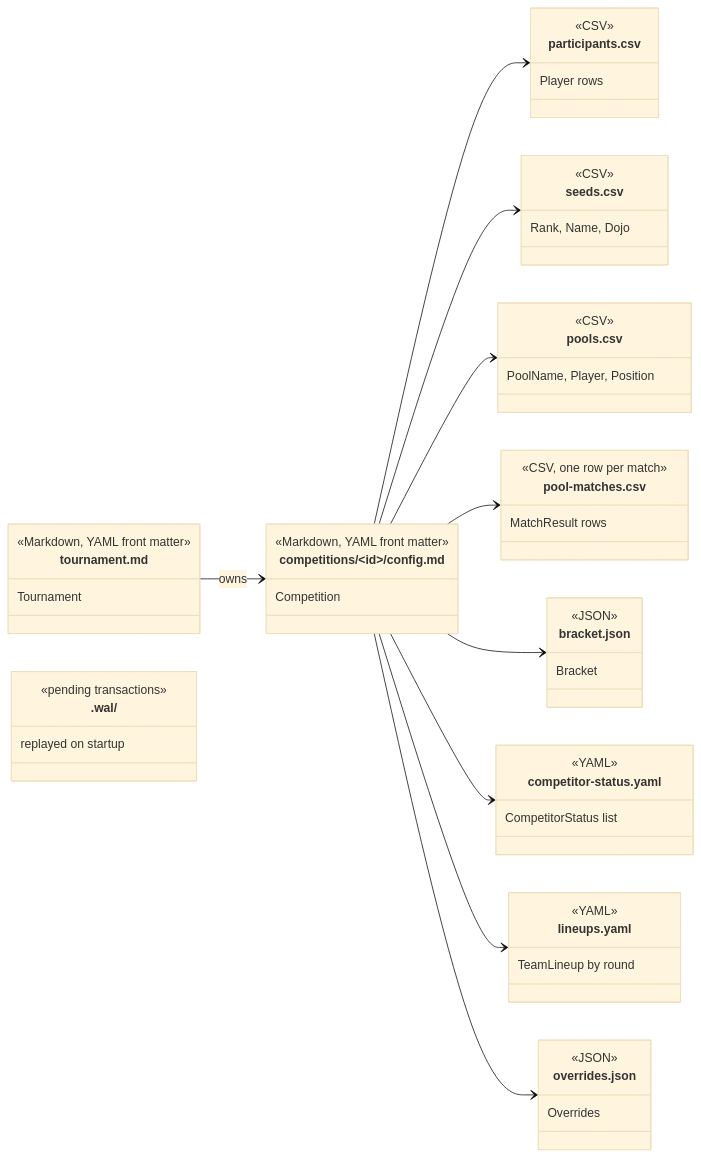
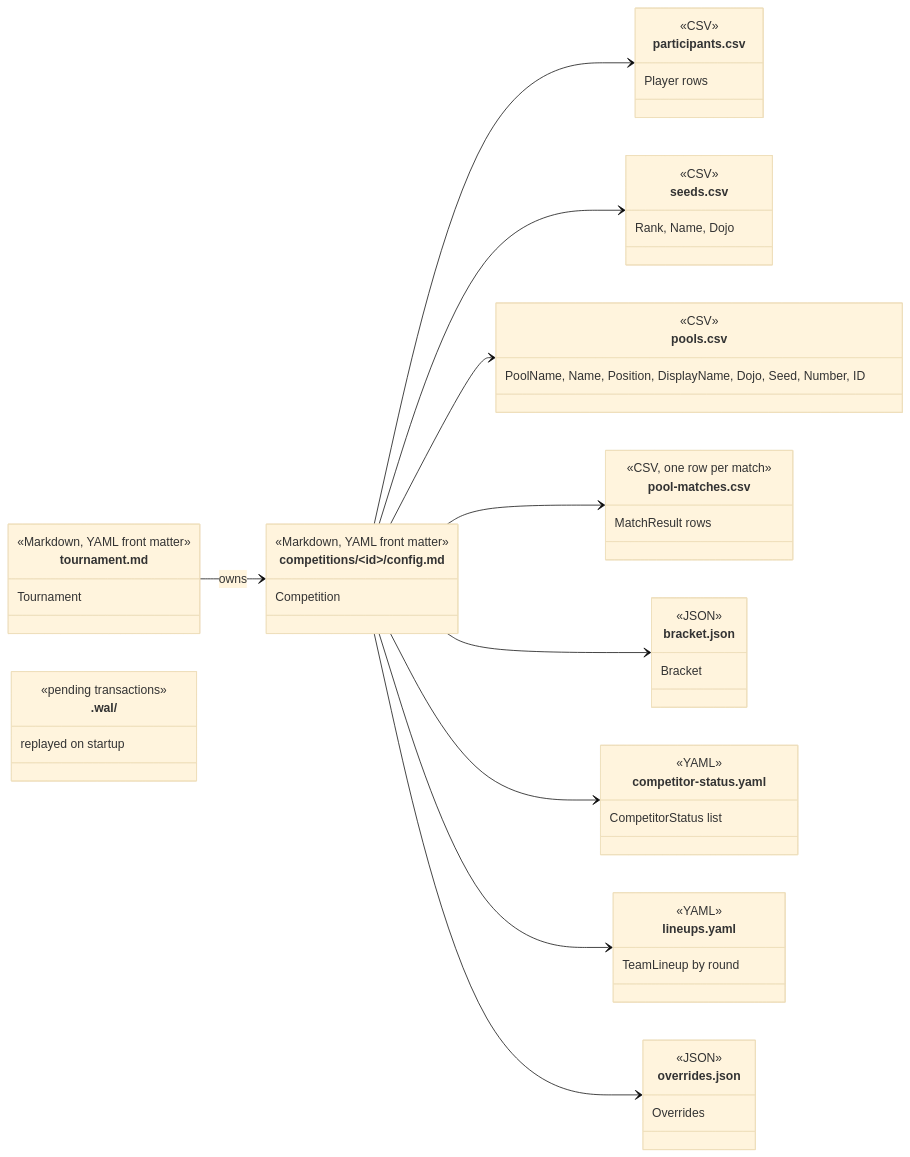
The third of 4 diagrams in docs/architecture/data-model.md (gitrgoliveira/bracket-creator), drawn with Mermaid (base theme) before and after one commit. The commit also changed other lines of this file and 2 other files, not shown here.

````diff
--- a/docs/architecture/data-model.md
+++ b/docs/architecture/data-model.md
@@ -247,59 +250,59 @@
 ```mermaid
 classDiagram
     direction LR
 
     class tournament_md["tournament.md"] {
         <<Markdown, YAML front matter>>
         Tournament
     }
     class config_md["competitions/&lt;id&gt;/config.md"] {
         <<Markdown, YAML front matter>>
         Competition
     }
     class participants_csv["participants.csv"] {
         <<CSV>>
         Player rows
     }
     class seeds_csv["seeds.csv"] {
         <<CSV>>
         Rank, Name, Dojo
     }
     class pools_csv["pools.csv"] {
         <<CSV>>
-        PoolName, Player, Position
+        PoolName, Name, Position, DisplayName, Dojo, Seed, Number, ID
     }
     class pool_matches_csv["pool-matches.csv"] {
         <<CSV, one row per match>>
         MatchResult rows
     }
     class bracket_json["bracket.json"] {
         <<JSON>>
         Bracket
     }
     class status_yaml["competitor-status.yaml"] {
         <<YAML>>
         CompetitorStatus list
     }
     class lineups_yaml["lineups.yaml"] {
         <<YAML>>
         TeamLineup by round
     }
     class overrides_json["overrides.json"] {
         <<JSON>>
         Overrides
     }
     class wal[".wal/"] {
         <<pending transactions>>
         replayed on startup
     }
 
     tournament_md --> config_md : owns
     config_md --> participants_csv
     config_md --> seeds_csv
     config_md --> pools_csv
     config_md --> pool_matches_csv
     config_md --> bracket_json
     config_md --> status_yaml
     config_md --> lineups_yaml
     config_md --> overrides_json
 ```
````
